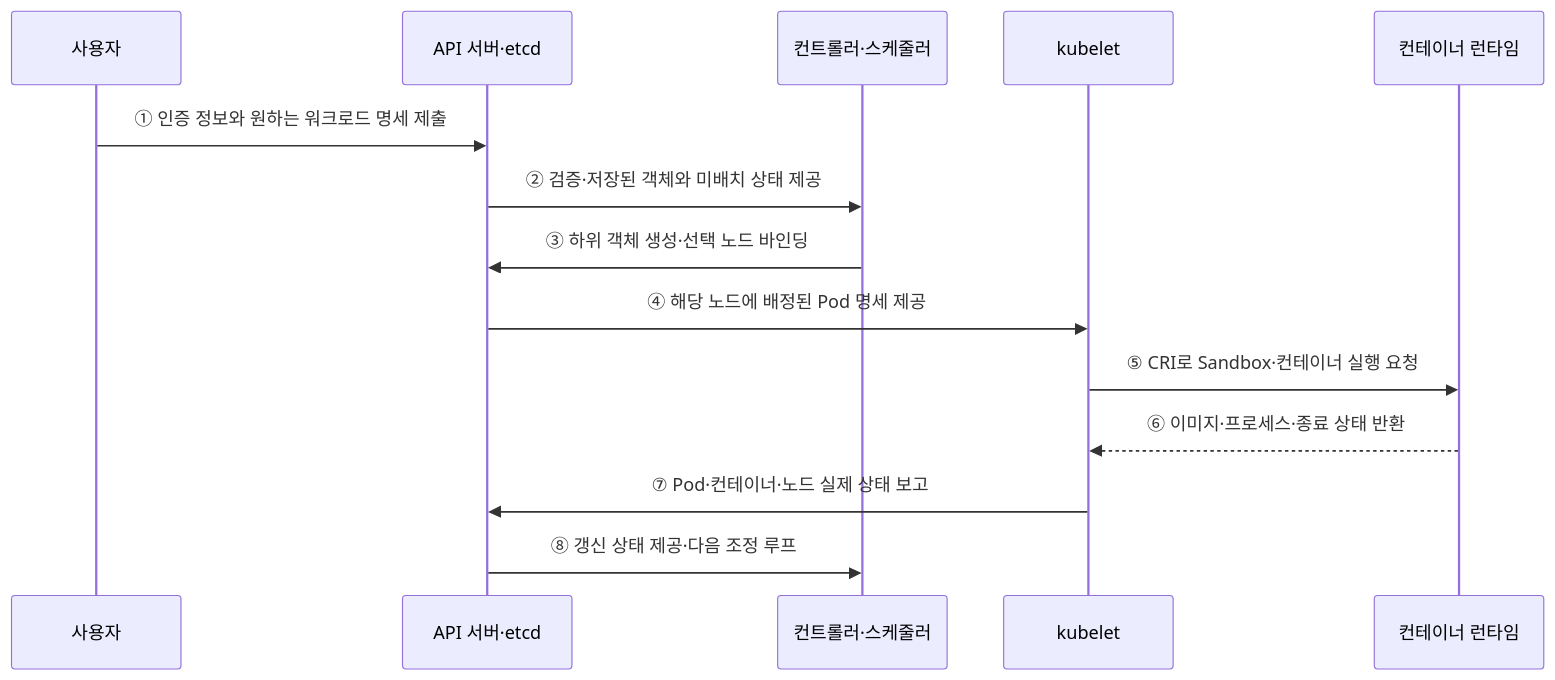
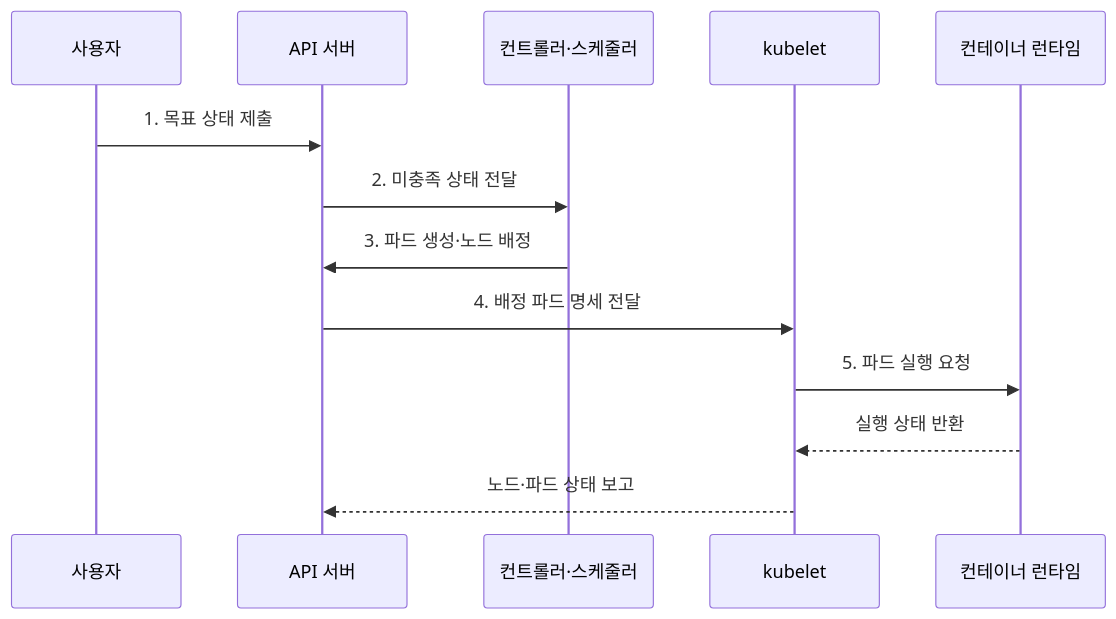
Before and after one commit to agnusdei1207/knowledge-base: the second of 2 diagrams in src/content/docs/notes/03-software/152_kubernetes_architecture.md, drawn with Mermaid. The commit also changed other lines of this file and 20 other files, not shown here.

````diff
--- a/src/content/docs/notes/03-software/152_kubernetes_architecture.md
+++ b/src/content/docs/notes/03-software/152_kubernetes_architecture.md
@@ -74,16 +85,15 @@
 ```mermaid
 sequenceDiagram
     participant U as 사용자
-    participant A as API 서버·etcd
-    participant D as 컨트롤러·스케줄러
+    participant A as API 서버
+    participant C as 컨트롤러·스케줄러
     participant K as kubelet
     participant R as 컨테이너 런타임
-    U->>A: ① 인증 정보와 원하는 워크로드 명세 제출
-    A->>D: ② 검증·저장된 객체와 미배치 상태 제공
-    D->>A: ③ 하위 객체 생성·선택 노드 바인딩
-    A->>K: ④ 해당 노드에 배정된 Pod 명세 제공
-    K->>R: ⑤ CRI로 Sandbox·컨테이너 실행 요청
-    R-->>K: ⑥ 이미지·프로세스·종료 상태 반환
-    K->>A: ⑦ Pod·컨테이너·노드 실제 상태 보고
-    A->>D: ⑧ 갱신 상태 제공·다음 조정 루프
+    U->>A: 1. 목표 상태 제출
+    A->>C: 2. 미충족 상태 전달
+    C->>A: 3. 파드 생성·노드 배정
+    A->>K: 4. 배정 파드 명세 전달
+    K->>R: 5. 파드 실행 요청
+    R-->>K: 실행 상태 반환
+    K-->>A: 노드·파드 상태 보고
 ```
````
